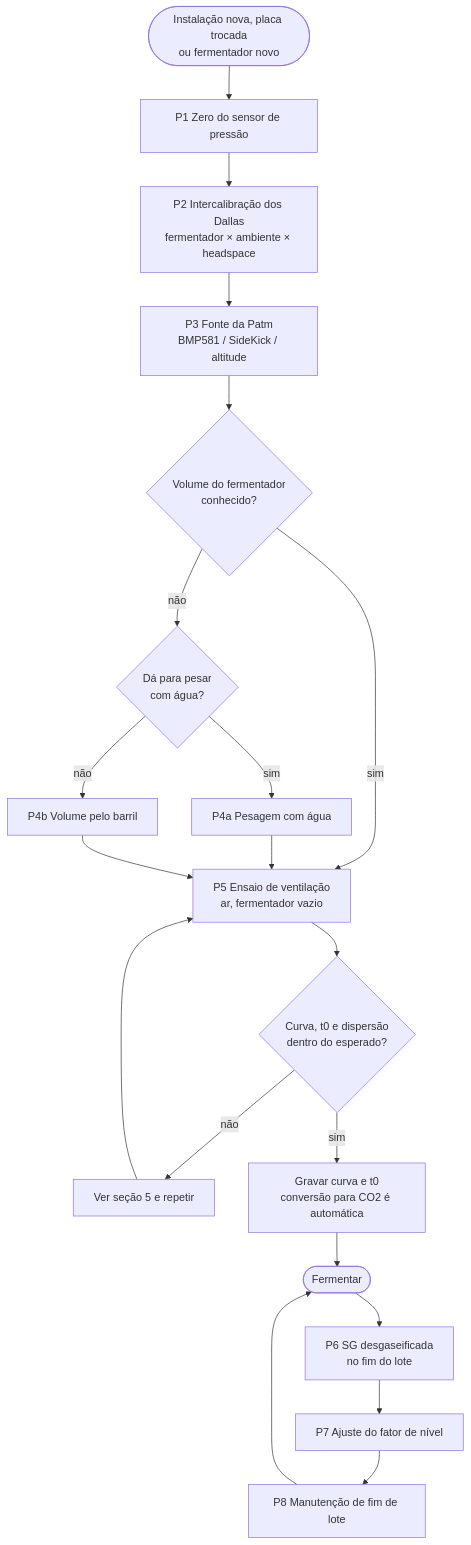
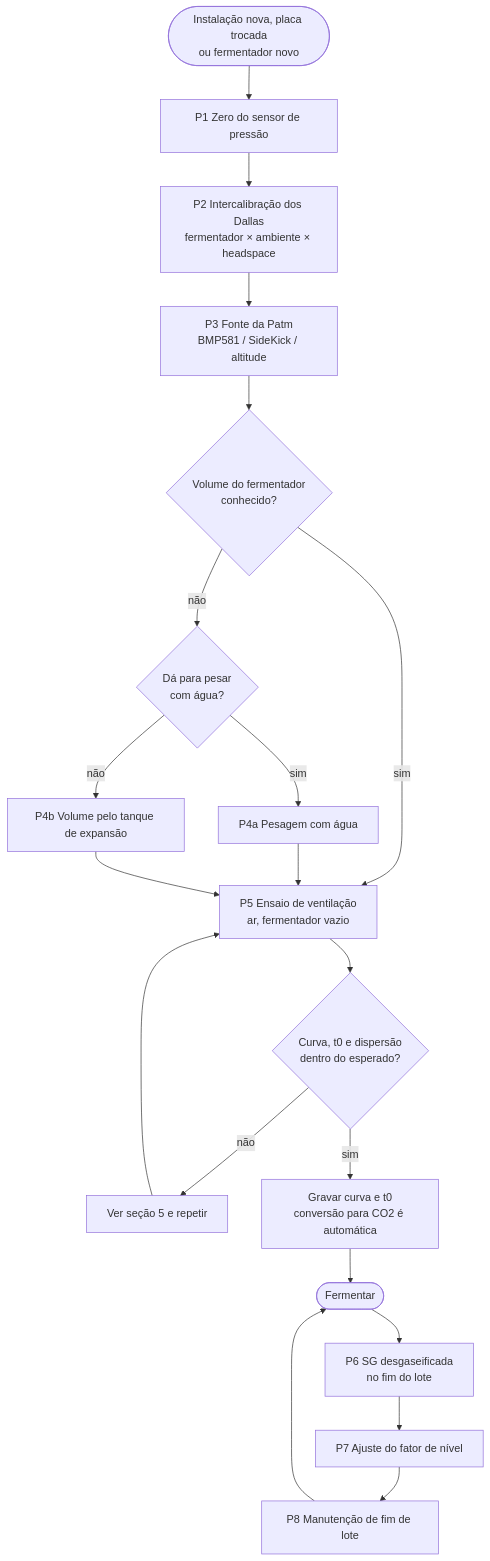
The first of 2 diagrams in Povoto/docs/manual-calibracao-manutencao.md (luciofialho/GambainoProg), drawn with Mermaid before and after one commit. The commit also changed other lines of this file and 14 other files, not shown here.

````diff
--- a/Povoto/docs/manual-calibracao-manutencao.md
+++ b/Povoto/docs/manual-calibracao-manutencao.md
@@ -23,22 +39,22 @@
 ```mermaid
 flowchart TD
     A([Instalação nova, placa trocada<br/>ou fermentador novo]) --> B[P1 Zero do sensor de pressão]
     B --> C[P2 Intercalibração dos Dallas<br/>fermentador × ambiente × headspace]
     C --> D[P3 Fonte da Patm<br/>BMP581 / SideKick / altitude]
     D --> E{Volume do fermentador<br/>conhecido?}
     E -- não --> F{Dá para pesar<br/>com água?}
     F -- sim --> G[P4a Pesagem com água]
-    F -- não --> H[P4b Volume pelo barril]
+    F -- não --> H[P4b Volume pelo tanque de expansão]
     E -- sim --> K
     G --> K
     H --> K
     K[P5 Ensaio de ventilação<br/>ar, fermentador vazio] --> L{Curva, t0 e dispersão<br/>dentro do esperado?}
     L -- não --> M[Ver seção 5 e repetir]
     M --> K
     L -- sim --> N[Gravar curva e t0<br/>conversão para CO2 é automática]
     N --> O([Fermentar])
     O --> P[P6 SG desgaseificada<br/>no fim do lote]
     P --> Q[P7 Ajuste do fator de nível]
     Q --> R[P8 Manutenção de fim de lote]
     R --> O
 ```
````
